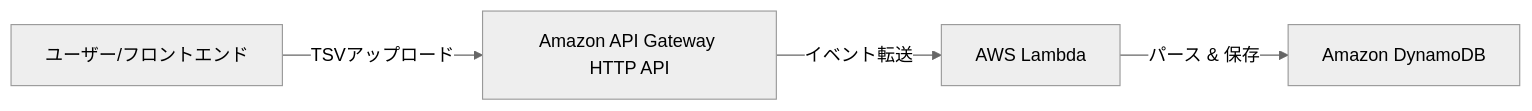
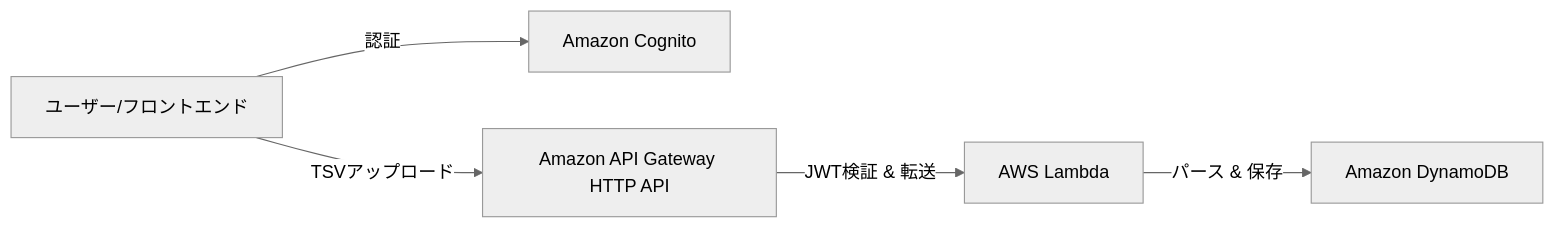
Before and after one commit to CheatBook/AmzRevenueManager: the diagram in backend-typescript-lambda/README.md, drawn with Mermaid (neutral theme). The commit also changed other lines of this file and 9 other files, not shown here.

````diff
--- a/backend-typescript-lambda/README.md
+++ b/backend-typescript-lambda/README.md
@@ -7,6 +8,7 @@
 ```mermaid
 graph LR
-    User[ユーザー/フロントエンド] -->|TSVアップロード| APIGateway[Amazon API Gateway HTTP API]
-    APIGateway -->|イベント転送| Lambda[AWS Lambda]
+    User[ユーザー/フロントエンド] -->|認証| Cognito[Amazon Cognito]
+    User -->|TSVアップロード| APIGateway[Amazon API Gateway HTTP API]
+    APIGateway -->|JWT検証 & 転送| Lambda[AWS Lambda]
     Lambda -->|パース & 保存| DynamoDB[Amazon DynamoDB]
 ```
````
